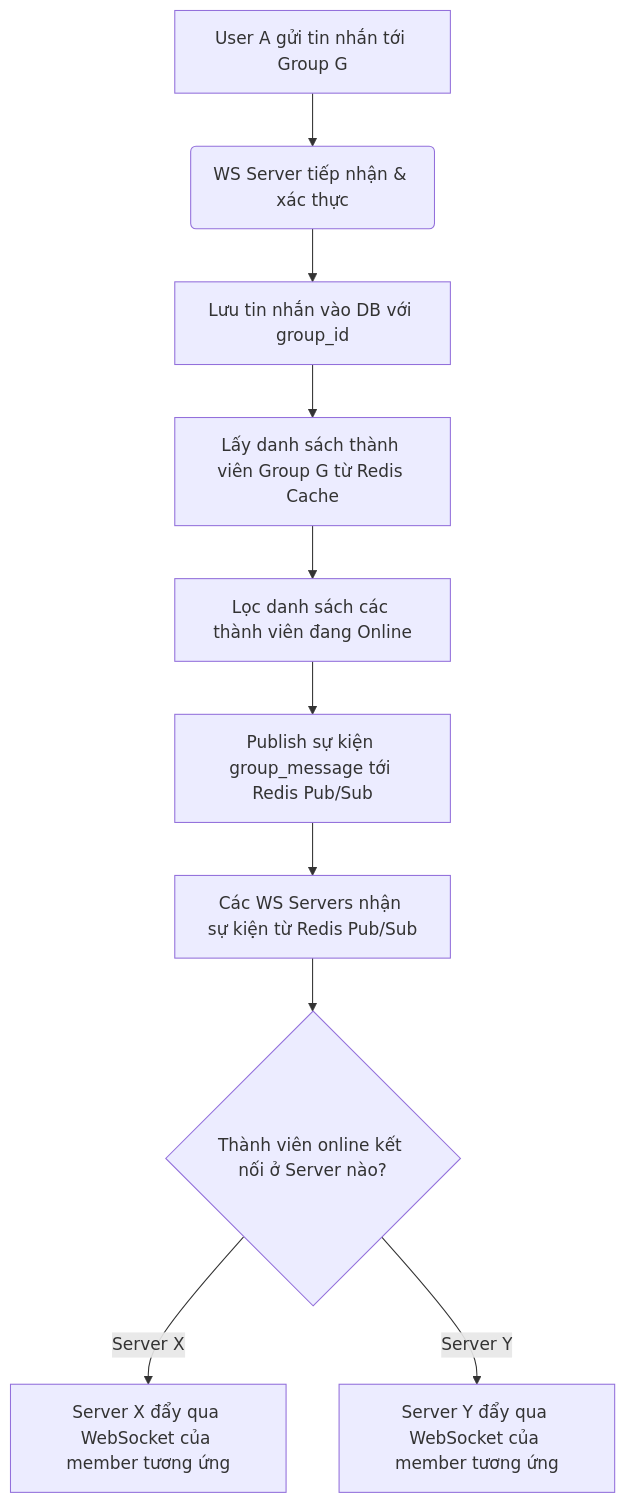
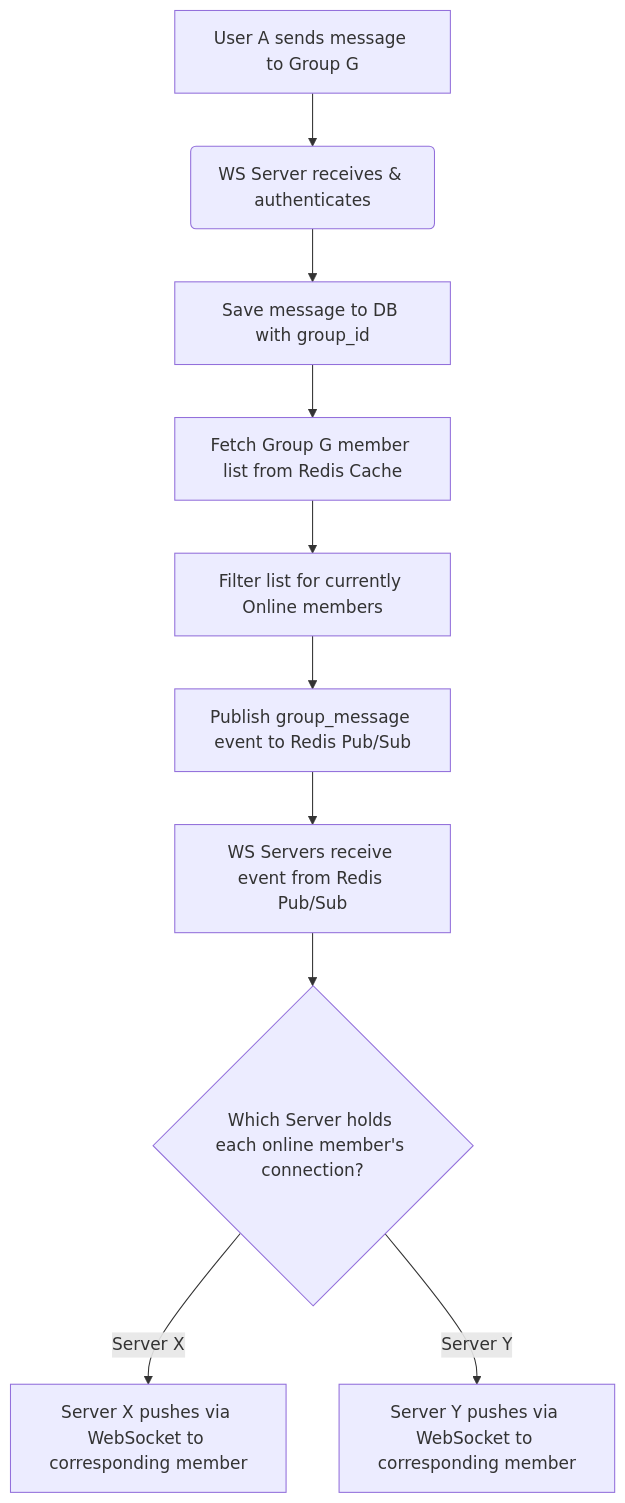
Before and after one commit to HarryDo29/go-app: the fourth of 6 diagrams in scripts/chat_app_system_design.md, drawn with Mermaid. The commit also changed other lines of this file and 3 other files, not shown here.

````diff
--- a/scripts/chat_app_system_design.md
+++ b/scripts/chat_app_system_design.md
@@ -163,12 +163,12 @@
 ```mermaid
 flowchart TD
-    A[User A gửi tin nhắn tới Group G] --> B(WS Server tiếp nhận & xác thực)
-    B --> C[Lưu tin nhắn vào DB với group_id]
-    C --> D[Lấy danh sách thành viên Group G từ Redis Cache]
-    D --> E[Lọc danh sách các thành viên đang Online]
-    E --> F[Publish sự kiện group_message tới Redis Pub/Sub]
-    F --> G[Các WS Servers nhận sự kiện từ Redis Pub/Sub]
-    G --> H{Thành viên online kết nối ở Server nào?}
-    H -->|Server X| IX[Server X đẩy qua WebSocket của member tương ứng]
-    H -->|Server Y| IY[Server Y đẩy qua WebSocket của member tương ứng]
+    A[User A sends message to Group G] --> B(WS Server receives & authenticates)
+    B --> C[Save message to DB with group_id]
+    C --> D[Fetch Group G member list from Redis Cache]
+    D --> E[Filter list for currently Online members]
+    E --> F[Publish group_message event to Redis Pub/Sub]
+    F --> G[WS Servers receive event from Redis Pub/Sub]
+    G --> H{Which Server holds each online member's connection?}
+    H -->|Server X| IX[Server X pushes via WebSocket to corresponding member]
+    H -->|Server Y| IY[Server Y pushes via WebSocket to corresponding member]
 ```
````
